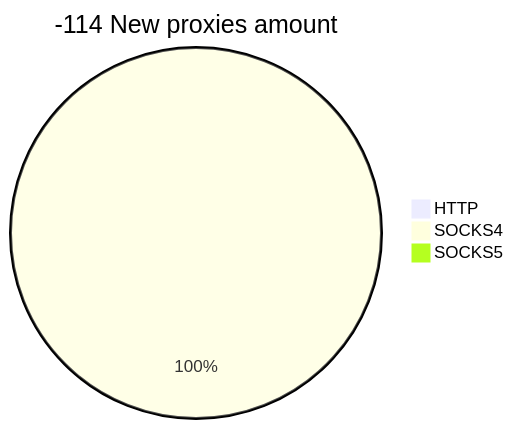
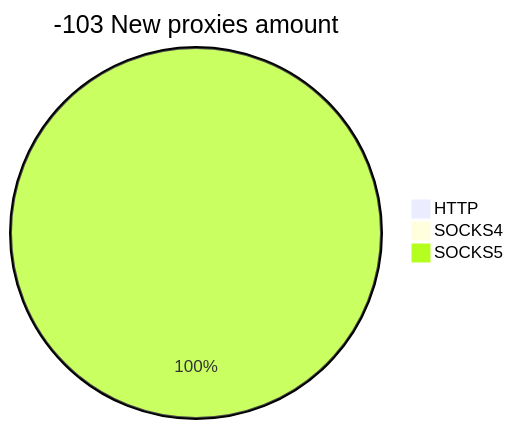
Before and after one commit to cutipu/proxylist: the second of 2 diagrams in README.md, drawn with Mermaid. The commit also changed other lines of this file, not shown here.

````diff
--- a/README.md
+++ b/README.md
@@ -10,6 +10,6 @@
 ```mermaid
-pie title -114 New proxies amount
+pie title -103 New proxies amount
     "HTTP" : 0
-    "SOCKS4" : 59
-    "SOCKS5" : 0
+    "SOCKS4" : 0
+    "SOCKS5" : 2
 ```
````
